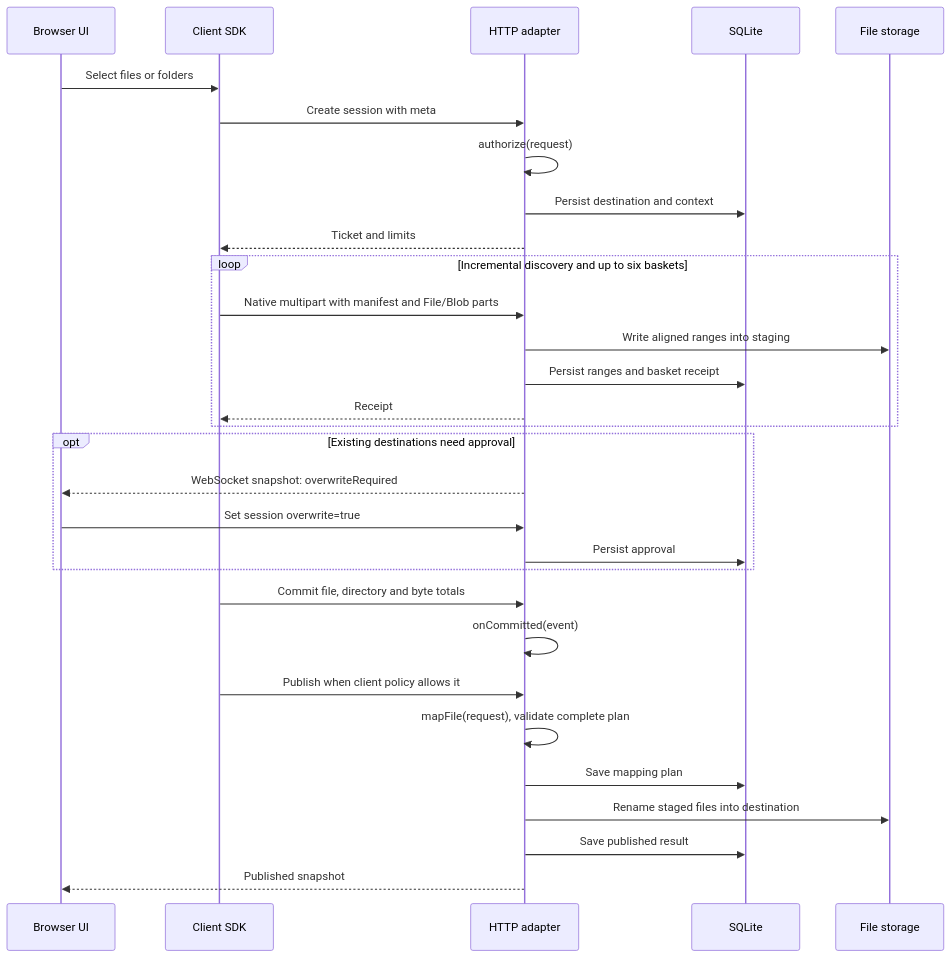
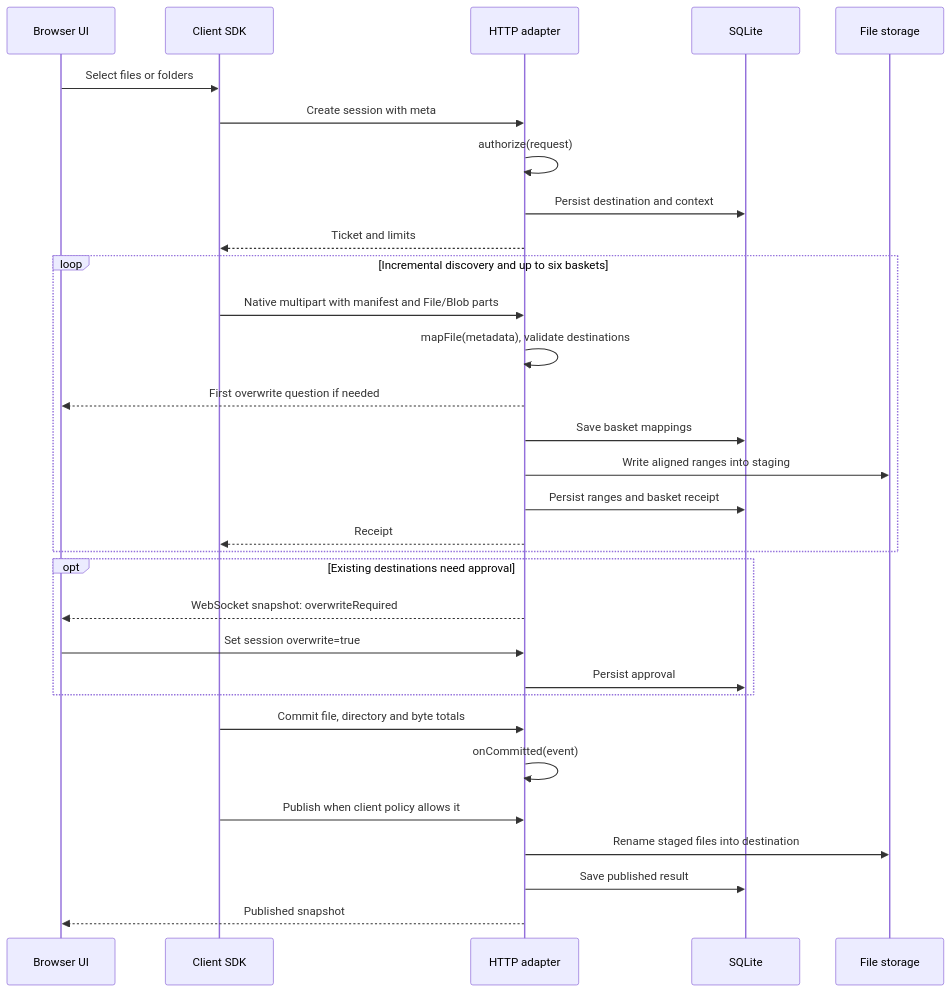
The diagram in docs/ARCHITECTURE.md (n0isy/mfup), drawn with Mermaid before and after one commit. The commit also changed other lines of this file and 56 other files, not shown here.

````diff
--- a/docs/ARCHITECTURE.md
+++ b/docs/ARCHITECTURE.md
@@ -19,32 +19,33 @@
 ```mermaid
 sequenceDiagram
   participant UI as Browser UI
   participant SDK as Client SDK
   participant API as HTTP adapter
   participant DB as SQLite
   participant FS as File storage
   UI->>SDK: Select files or folders
   SDK->>API: Create session with meta
   API->>API: authorize(request)
   API->>DB: Persist destination and context
   API-->>SDK: Ticket and limits
   loop Incremental discovery and up to six baskets
     SDK->>API: Native multipart with manifest and File/Blob parts
+    API->>API: mapFile(metadata), validate destinations
+    API-->>UI: First overwrite question if needed
+    API->>DB: Save basket mappings
     API->>FS: Write aligned ranges into staging
     API->>DB: Persist ranges and basket receipt
     API-->>SDK: Receipt
   end
   opt Existing destinations need approval
     API-->>UI: WebSocket snapshot: overwriteRequired
     UI->>API: Set session overwrite=true
     API->>DB: Persist approval
   end
   SDK->>API: Commit file, directory and byte totals
   API->>API: onCommitted(event)
   SDK->>API: Publish when client policy allows it
-  API->>API: mapFile(request), validate complete plan
-  API->>DB: Save mapping plan
   API->>FS: Rename staged files into destination
   API->>DB: Save published result
   API-->>UI: Published snapshot
 ```
````
